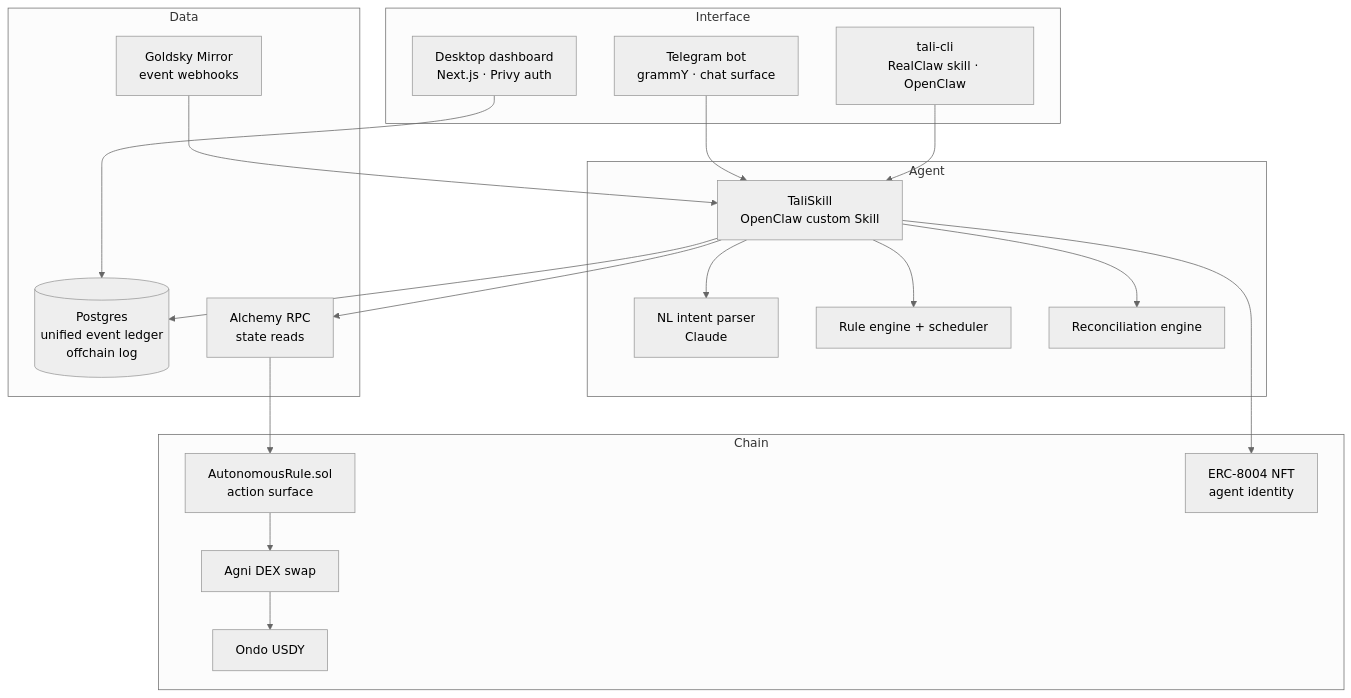
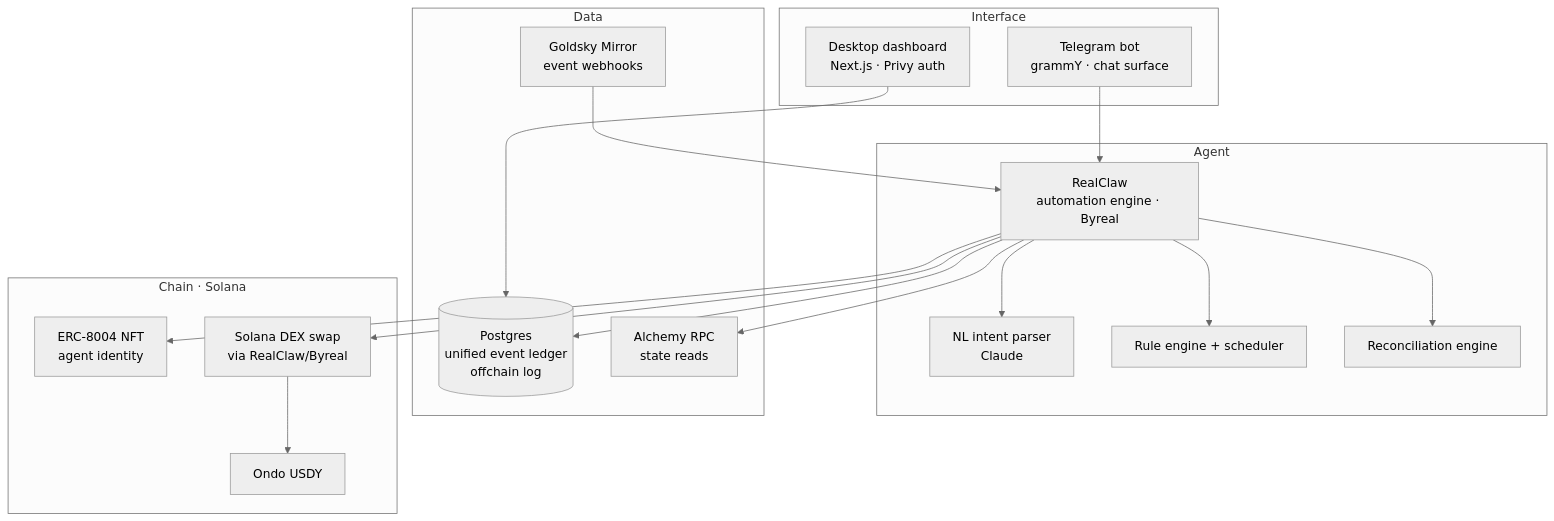
The first of 3 diagrams in docs/architecture.md (aliyanamu/tali), drawn with Mermaid (neutral theme) before and after one commit. The commit also changed other lines of this file and 4 other files, not shown here.

First line of the commit message:
docs: update product narrative and architecture for realclaw-integration

````diff
--- a/docs/architecture.md
+++ b/docs/architecture.md
@@ -7,42 +7,38 @@
 ```mermaid
 graph TD
     subgraph Interface
         TG[Telegram bot<br/>grammY · chat surface]
-        CLI[tali-cli<br/>RealClaw skill · OpenClaw]
         WEB[Desktop dashboard<br/>Next.js · Privy auth]
     end
 
     subgraph Agent
-        SKILL[TaliSkill<br/>OpenClaw custom Skill]
+        RC[RealClaw<br/>automation engine · Byreal]
         NL[NL intent parser<br/>Claude]
         RULES[Rule engine + scheduler]
         RECON[Reconciliation engine]
     end
 
     subgraph Data
         PG[(Postgres<br/>unified event ledger<br/>offchain log)]
         GS[Goldsky Mirror<br/>event webhooks]
         ALC[Alchemy RPC<br/>state reads]
     end
 
-    subgraph Chain
-        AR[AutonomousRule.sol<br/>action surface]
+    subgraph Chain[Chain · Solana]
         NFT[ERC-8004 NFT<br/>agent identity]
         USDY[Ondo USDY]
-        AGNI[Agni DEX swap]
+        DEX[Solana DEX swap<br/>via RealClaw/Byreal]
     end
 
-    TG --> SKILL
-    CLI --> SKILL
+    TG --> RC
     WEB --> PG
-    SKILL --> NL
-    SKILL --> RULES
-    SKILL --> RECON
-    SKILL --> PG
-    GS --> SKILL
-    SKILL --> ALC
-    ALC --> AR
-    AR --> AGNI
-    AGNI --> USDY
-    SKILL --> NFT
+    RC --> NL
+    RC --> RULES
+    RC --> RECON
+    RC --> PG
+    GS --> RC
+    RC --> ALC
+    RC --> DEX
+    DEX --> USDY
+    RC --> NFT
 ```
````
